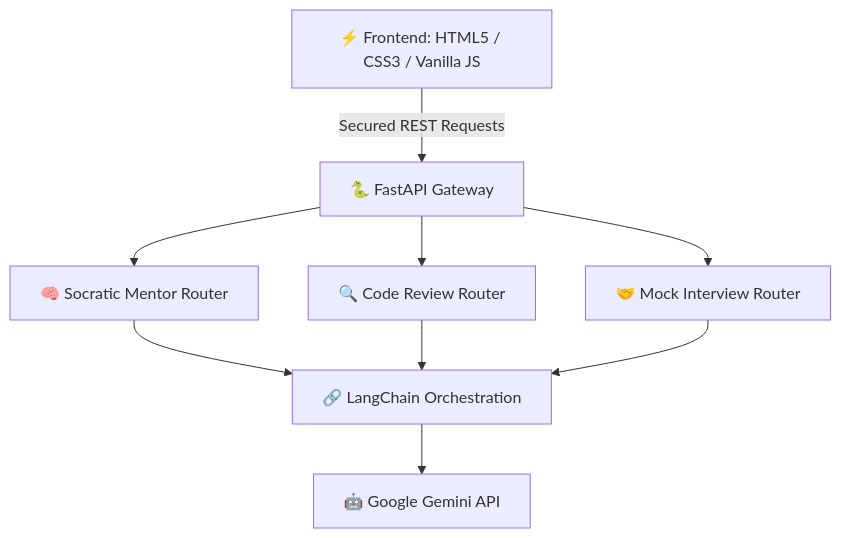
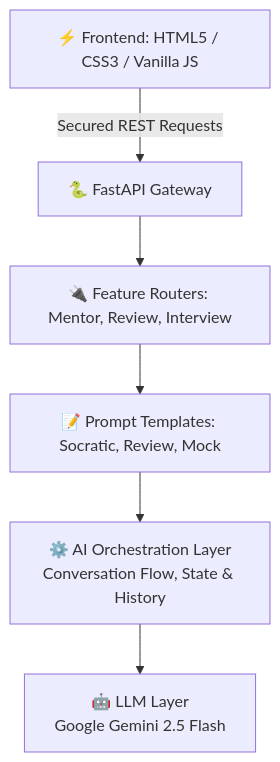
One commit to diwakar2905/AlgoSensei-Your-Personal-AI-Coding-Sensei changed the diagram in Readme.md. Above: the diagram before and after it, drawn with Mermaid. The commit also changed other lines of this file, not shown here.

Commit message:
docs: improve README with recruiter-focused architectural, tech stack, and engineering challenges updates

````diff
--- a/Readme.md
+++ b/Readme.md
@@ -27,11 +36,8 @@
 ```mermaid
 flowchart TD
     A[⚡ Frontend: HTML5 / CSS3 / Vanilla JS] -->|Secured REST Requests| B[🐍 FastAPI Gateway]
-    B --> C[🧠 Socratic Mentor Router]
-    B --> D[🔍 Code Review Router]
-    B --> E[🤝 Mock Interview Router]
-    C --> F[🔗 LangChain Orchestration]
-    D --> F
-    E --> F
-    F --> G[🤖 Google Gemini API]
+    B --> C[🔌 Feature Routers: Mentor, Review, Interview]
+    C --> D[📝 Prompt Templates: Socratic, Review, Mock]
+    D --> E[⚙️ AI Orchestration Layer<br/>Conversation Flow, State & History]
+    E --> F[🤖 LLM Layer<br/>Google Gemini 2.5 Flash]
 ```
````
